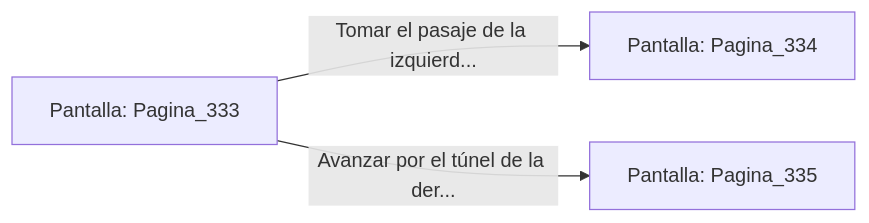
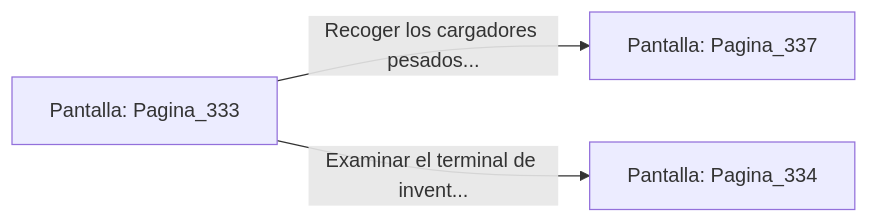
The diagram in sample/eligejuego-vault/Pantalla_Pagina_333.md (metsuke/mpl), drawn with Mermaid before and after one commit. The commit also changed other lines of this file and 635 other files, not shown here.

First line of the commit message:
fix: añadir Pagina_1 como pantalla inicial en capitulo_01.mpl

````diff
--- a/sample/eligejuego-vault/Pantalla_Pagina_333.md
+++ b/sample/eligejuego-vault/Pantalla_Pagina_333.md
@@ -20,6 +24,6 @@
 ```mermaid
 graph LR
     P_Pagina_333["Pantalla: Pagina_333"]
-    P_Pagina_333 -->|"Tomar el pasaje de la izquierd..."| P_Pagina_334["Pantalla: Pagina_334"]
-    P_Pagina_333 -->|"Avanzar por el túnel de la der..."| P_Pagina_335["Pantalla: Pagina_335"]
+    P_Pagina_333 -->|"Recoger los cargadores pesados..."| P_Pagina_337["Pantalla: Pagina_337"]
+    P_Pagina_333 -->|"Examinar el terminal de invent..."| P_Pagina_334["Pantalla: Pagina_334"]
 ```
````
